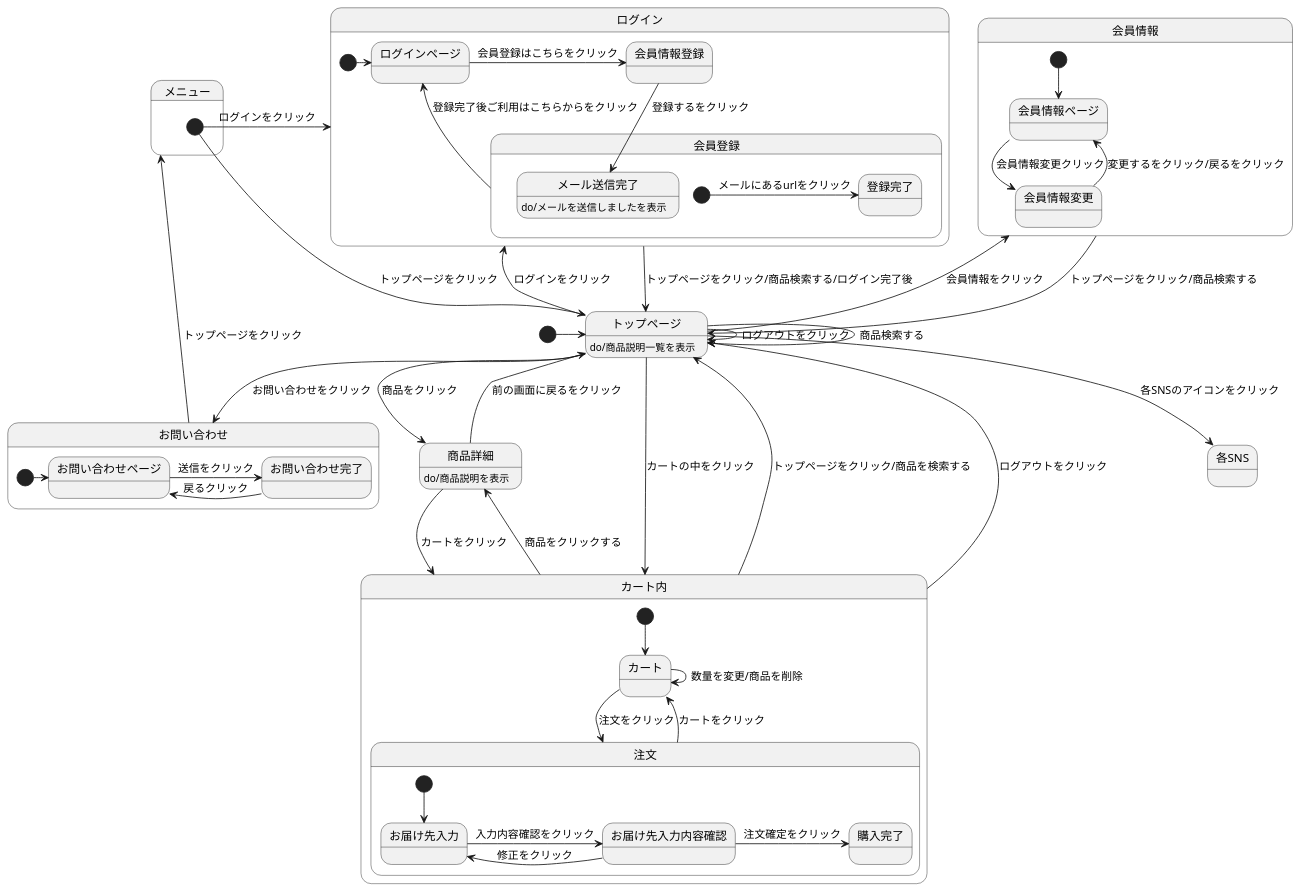
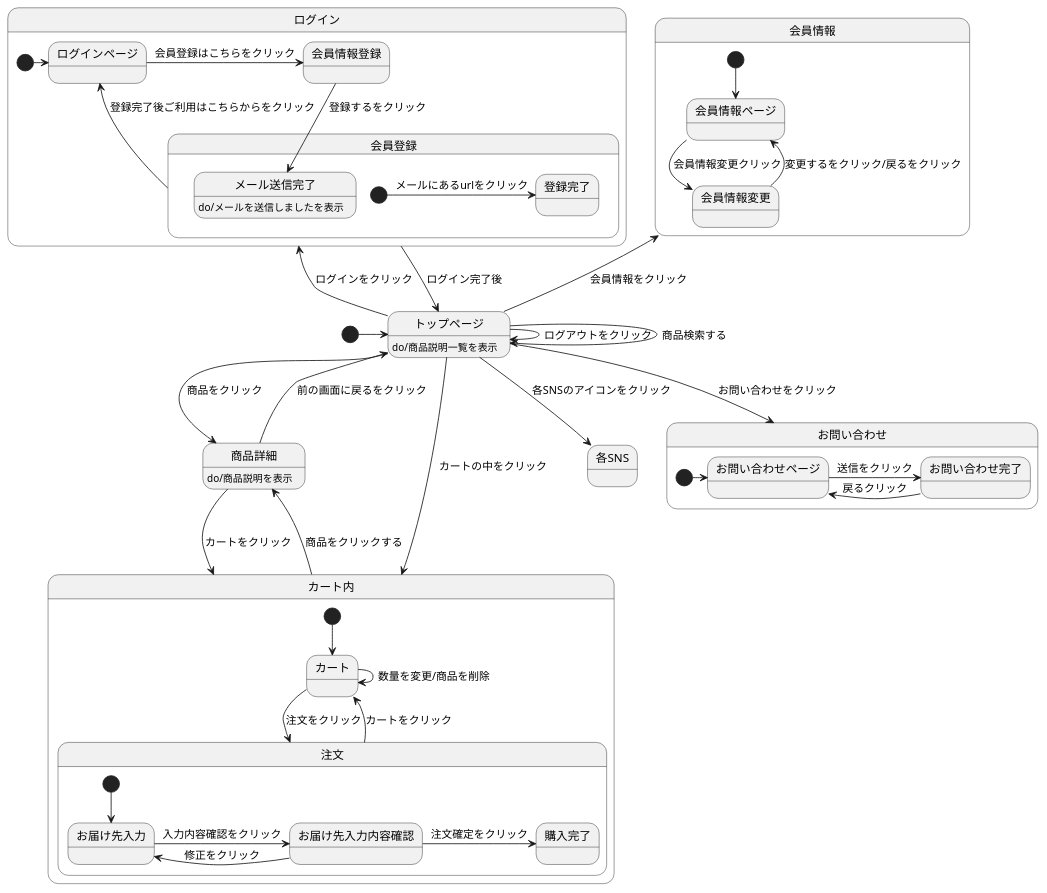
Before and after one commit to Aso2001026/2021sys-design: the diagram in original-stm01.md, drawn with PlantUML.

````diff
--- a/original-stm01.md
+++ b/original-stm01.md
@@ -2,72 +2,66 @@
 ```uml
 @startuml
 
 [*] -> トップページ
 トップページ -> トップページ : ログアウトをクリック
 トップページ -> トップページ : 商品検索する
 トップページ -> 商品詳細 : 商品をクリック
 トップページ -up-> 会員情報 : 会員情報をクリック
 トップページ -left-> ログイン : ログインをクリック
 トップページ --> カート内 : カートの中をクリック
 トップページ:do/商品説明一覧を表示
 トップページ --> 各SNS : 各SNSのアイコンをクリック
 トップページ --> お問い合わせ :お問い合わせをクリック
 
 state 会員情報{
 [*] --> 会員情報ページ
 会員情報ページ --> 会員情報変更 : 会員情報変更クリック
 会員情報変更 -up-> 会員情報ページ: 変更するをクリック/戻るをクリック
 }
-会員情報 --> トップページ : トップページをクリック/商品検索する
 
 
 
 商品詳細 --> カート内 : カートをクリック
 商品詳細 --> トップページ : 前の画面に戻るをクリック
 商品詳細:do/商品説明を表示
 
 state カート内{
 [*] --> カート
 カート -> 注文 : 注文をクリック
 カート -> カート : 数量を変更/商品を削除
 注文 --> カート : カートをクリック
  state 注文{
   [*] --> お届け先入力
   お届け先入力 -> お届け先入力内容確認 : 入力内容確認をクリック
   お届け先入力内容確認 -> お届け先入力 : 修正をクリック
   お届け先入力内容確認 -> 購入完了 : 注文確定をクリック
  }
 }
-カート内 -up-> トップページ : トップページをクリック/商品を検索する
-カート内 -up-> トップページ : ログアウトをクリック
 カート内 -> 商品詳細 : 商品をクリックする
 
 
 state ログイン{
 [*]->ログインページ
 ログインページ -> 会員情報登録 : 会員登録はこちらをクリック
  state 会員登録{
    会員情報登録 --> メール送信完了 : 登録するをクリック
    メール送信完了 :do/メールを送信しましたを表示
    [*] -> 登録完了 : メールにあるurlをクリック
    会員登録 --> ログインページ : 登録完了後ご利用はこちらからをクリック
  }
 }
-ログイン --> トップページ : トップページをクリック/商品検索する/ログイン完了後
+ログイン --> トップページ : ログイン完了後
 
 state お問い合わせ{
 [*] -> お問い合わせページ
 お問い合わせページ -> お問い合わせ完了 :送信をクリック
 お問い合わせ完了 -left-> お問い合わせページ : 戻るクリック
 }
-お問い合わせ --> メニュー : トップページをクリック
 
-state メニュー{
-[*] --> ログイン : ログインをクリック
-[*] --> トップページ :　トップページをクリック
-}
+
+
 
 
 @enduml
 
 ```
````
